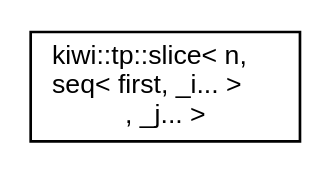
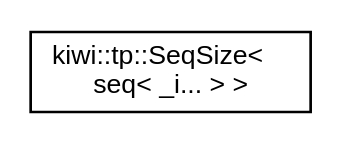
One commit to bab2min/Kiwi changed the diagram in inherit_graph_60.dot. Above: the diagram before and after it, drawn with Graphviz. The commit also changed 167 other files, not shown here.

```diff
--- a/inherit_graph_60.dot
+++ b/inherit_graph_60.dot
@@ -1,8 +1,8 @@
 digraph "Graphical Class Hierarchy"
 {
  // LATEX_PDF_SIZE
   edge [fontname="Helvetica",fontsize="10",labelfontname="Helvetica",labelfontsize="10"];
   node [fontname="Helvetica",fontsize="10",shape=record];
   rankdir="LR";
-  Node0 [label="kiwi::tp::slice\< n,\l seq\< first, _i... \>\l, _j... \>",height=0.2,width=0.4,color="black", fillcolor="white", style="filled",URL="$structkiwi_1_1tp_1_1slice_3_01n_00_01seq_3_01first_00_01__i_8_8_8_01_4_00_01__j_8_8_8_01_4.html",tooltip=" "];
+  Node0 [label="kiwi::tp::SeqSize\<\l seq\< _i... \> \>",height=0.2,width=0.4,color="black", fillcolor="white", style="filled",URL="$structkiwi_1_1tp_1_1SeqSize_3_01seq_3_01__i_8_8_8_01_4_01_4.html",tooltip=" "];
 }
```
